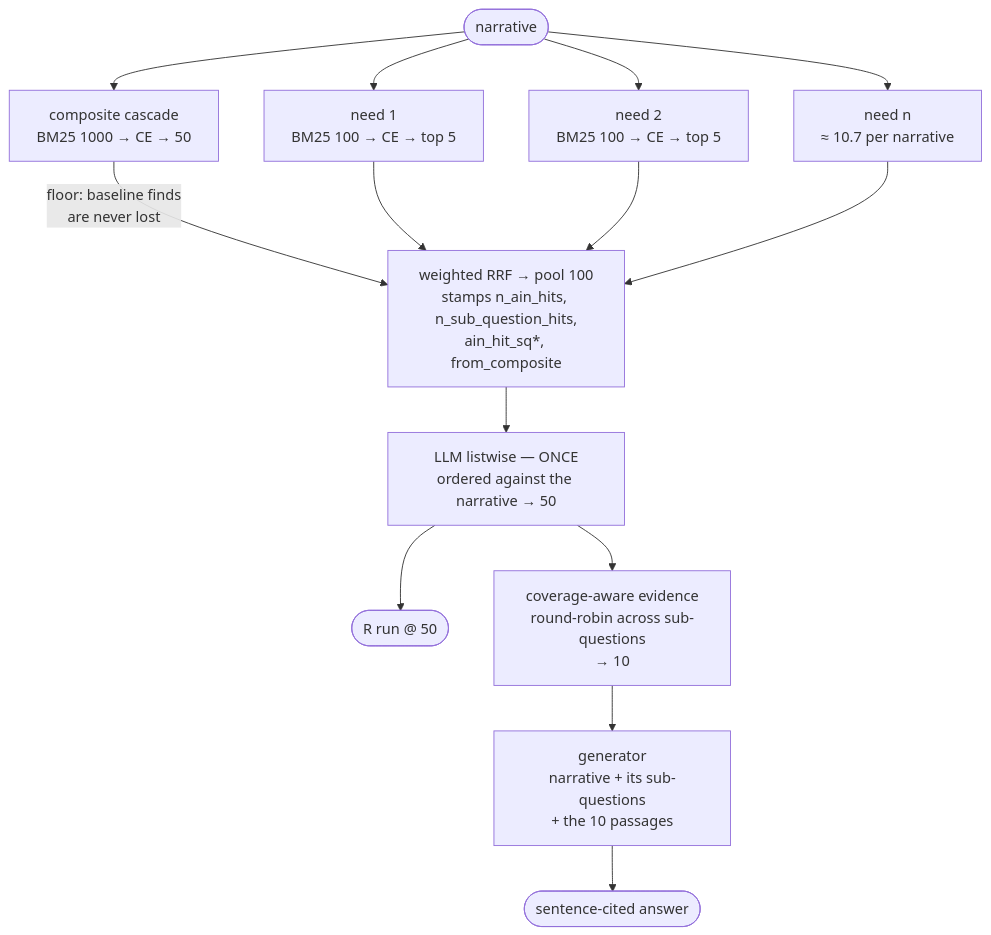
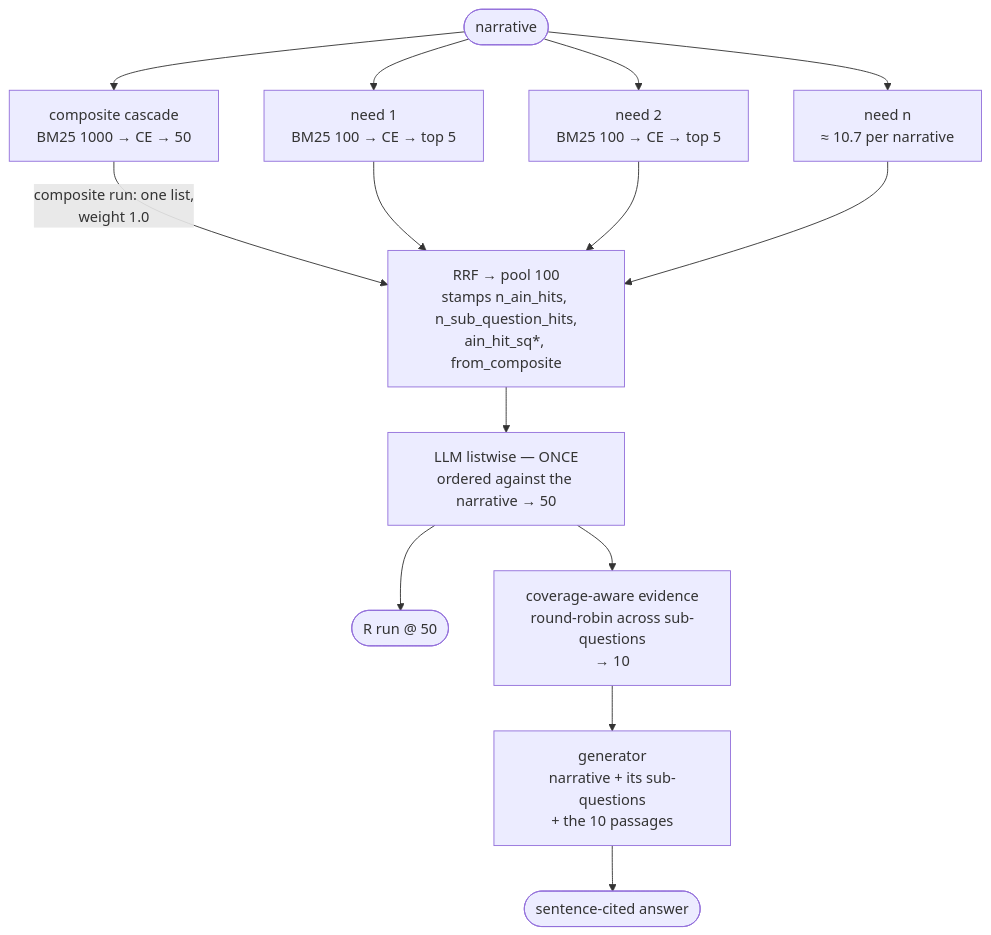
One commit to utshabkg/trec-rag-2026 changed the second of 7 diagrams in docs/FULL_PIPELINE.md. Above: the diagram before and after it, drawn with Mermaid. The commit also changed other lines of this file and 5 other files, not shown here.

First line of the commit message:
docs: stop calling the composite run a floor, and fix the hits=1000 need count

````diff
--- a/docs/FULL_PIPELINE.md
+++ b/docs/FULL_PIPELINE.md
@@ -39,20 +39,20 @@
 ```mermaid
 flowchart TB
     N(["narrative"])
     N --> COMP["composite cascade<br/>BM25 1000 → CE → 50"]
     N --> A1["need 1<br/>BM25 100 → CE → top 5"]
     N --> A2["need 2<br/>BM25 100 → CE → top 5"]
     N --> AN["need n<br/>≈ 10.7 per narrative"]
 
-    COMP -->|"floor: baseline finds<br/>are never lost"| F
+    COMP -->|"composite run: one list,<br/>weight 1.0"| F
     A1 --> F
     A2 --> F
     AN --> F
 
-    F["weighted RRF → pool 100<br/>stamps n_ain_hits, n_sub_question_hits,<br/>ain_hit_sq*, from_composite"]
+    F["RRF → pool 100<br/>stamps n_ain_hits, n_sub_question_hits,<br/>ain_hit_sq*, from_composite"]
     F --> L["LLM listwise — ONCE<br/>ordered against the narrative → 50"]
     L --> RUN(["R run @ 50"])
     L --> EV["coverage-aware evidence<br/>round-robin across sub-questions<br/>→ 10"]
     EV --> G["generator<br/>narrative + its sub-questions<br/>+ the 10 passages"]
     G --> A(["sentence-cited answer"])
 ```
````
